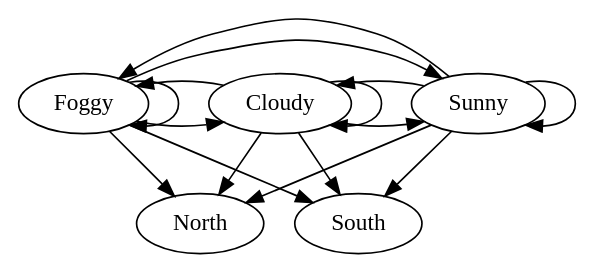
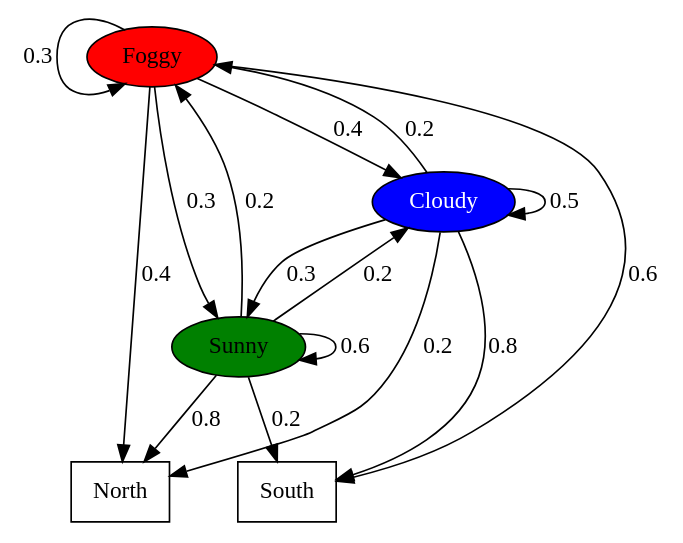
One commit to eidelen/MilitaryOperationsResearchRecipes changed the diagram in code/hmmGraph.dot. Above: the diagram before and after it, drawn with Graphviz. The commit also changed 2 other files, not shown here.

Commit message:
Generated HMM images

```diff
--- a/code/hmmGraph.dot
+++ b/code/hmmGraph.dot
@@ -1,39 +1,47 @@
-// Attack HM: dot -T png round-table.gv -o test.png
+// Attack HM: dot -T pdf .\hmmGraph.dot -o test.pdf
 
 digraph {
 
-rank=same   {
-                F [label=Foggy]
-                C [label=Cloudy]
-                S [label=Sunny]
+    edge [weight=0.5]
+
+            //B [label=Start]
+
+
+            F [label=Foggy, style=filled, fillcolor=red]
+            C [label=Cloudy, style=filled, fillcolor=blue, fontcolor=white]
+            S [label=Sunny, style=filled, fillcolor=green]
+
+
+rank = same   {
+                N [label=North, shape=rectangle]
+                Q [label=South, shape=rectangle]
              }
 
-                N [label=North]
-                Q [label=South]
 
-
-
+    // Start
+  //  B -> F [label = "0.7"]
+  //  B -> C
+  //  B -> S
 
 	// Fog
-	F -> C;
-	F -> S;
-	F -> F;
-	F -> N;
-	F -> Q;
+	F -> C [label = "0.4"];
+	F -> S [label = "0.3"];
+	F:nw -> F:sw [label = "0.3"];
+	F -> N [label = "0.4"];
+	F -> Q [label = "0.6"];
 
 	// Cloud
-	C -> C;
-	C -> S;
-	C -> F;
-	C -> N;
-	C -> Q;
+	C -> C [label = "0.5"];
+	C -> S [label = "0.3"];
+	C -> F [label = "0.2"];
+	C -> N [label = "0.2"];
+	C -> Q [label = "0.8"];
 
 	// Sun
-	S -> C;
-	S -> S;
-	S -> F;
-	S -> N;
-	S -> Q;
-
+	S -> C [label = "0.2"];
+	S -> S [label = "0.6"];
+	S -> F [label = "0.2"];
+	S -> N [label = "0.8"];
+	S -> Q [label = "0.2"];
 
 }
```
